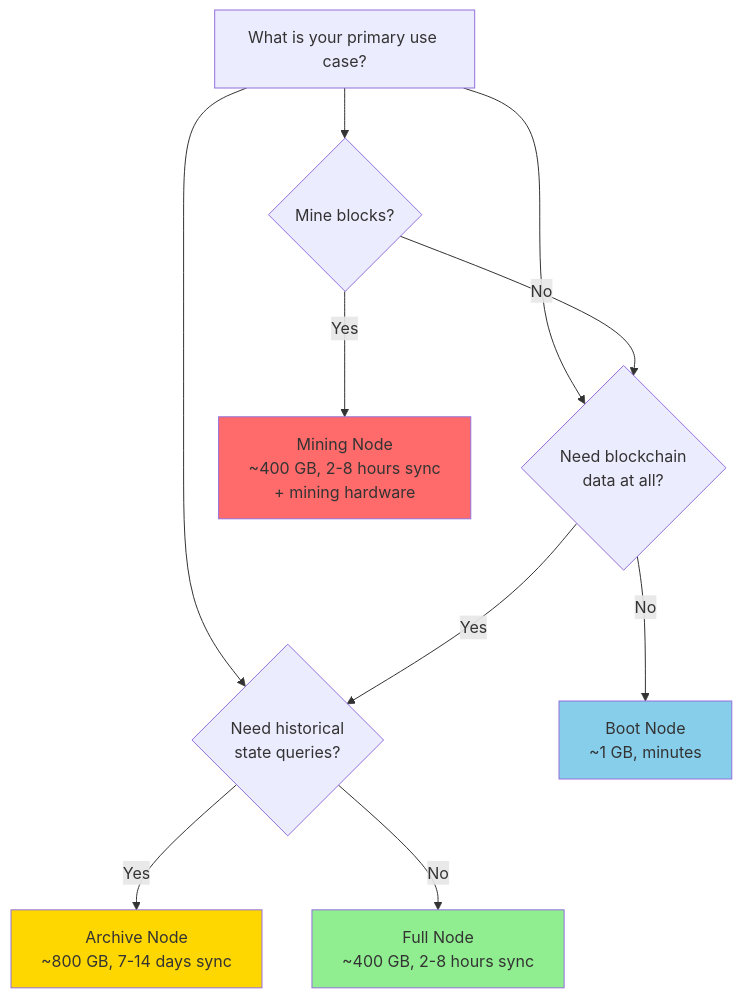
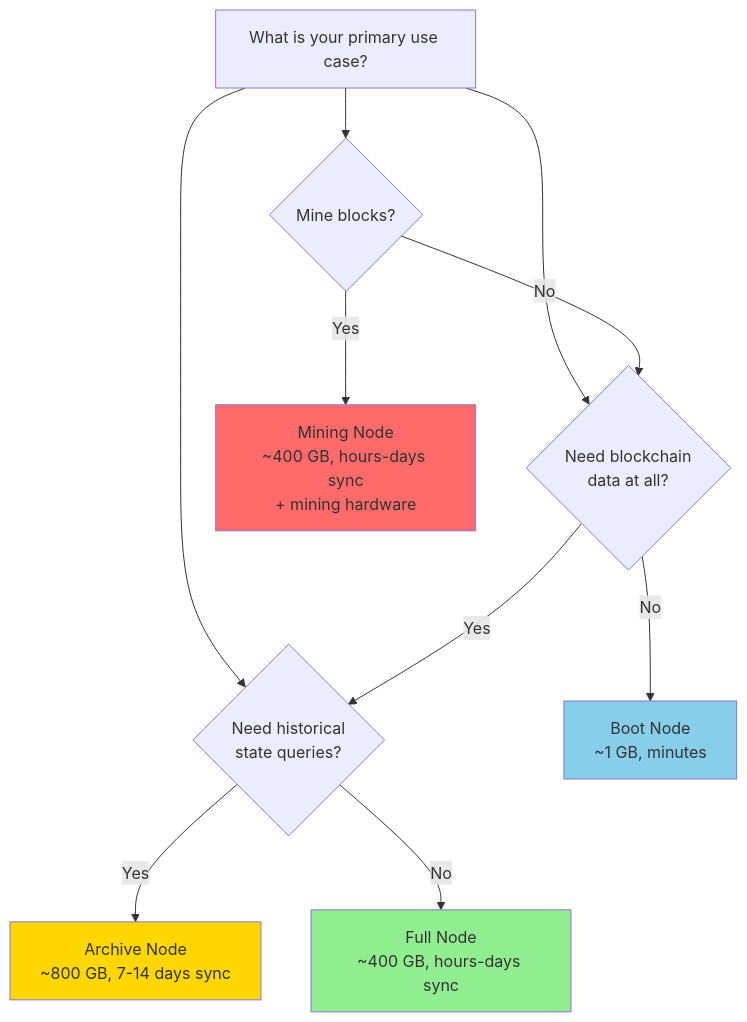
Before and after one commit to chippr-robotics/fukuii: the fourth of 4 diagrams in docs/runbooks/operating-modes.md, drawn with Mermaid. The commit also changed other lines of this file and 17 other files, not shown here.

````diff
--- a/docs/runbooks/operating-modes.md
+++ b/docs/runbooks/operating-modes.md
@@ -842,20 +860,20 @@
 ```mermaid
 graph TD
     A[What is your primary use case?] --> B{Need historical<br/>state queries?}
     A --> C{Need blockchain<br/>data at all?}
     A --> D{Mine blocks?}
     
     B -->|Yes| E[Archive Node<br/>~800 GB, 7-14 days sync]
-    B -->|No| F[Full Node<br/>~400 GB, 2-8 hours sync]
+    B -->|No| F[Full Node<br/>~400 GB, hours-days sync]
     
     C -->|No| G[Boot Node<br/>~1 GB, minutes]
     C -->|Yes| B
     
-    D -->|Yes| H[Mining Node<br/>~400 GB, 2-8 hours sync<br/>+ mining hardware]
+    D -->|Yes| H[Mining Node<br/>~400 GB, hours-days sync<br/>+ mining hardware]
     D -->|No| C
     
     style E fill:#FFD700
     style F fill:#90EE90
     style G fill:#87CEEB
     style H fill:#FF6B6B
 ```
````
